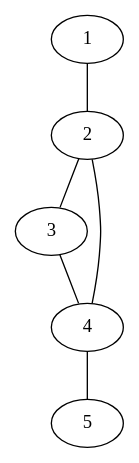
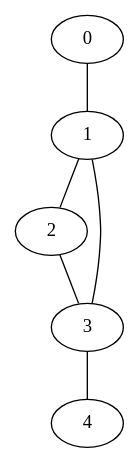
The diagram in test_k_2.dot (McFlip/k-automorphic-graph), drawn with Graphviz before and after one commit. The commit also changed 8 other files, not shown here.

```diff
--- a/test_k_2.dot
+++ b/test_k_2.dot
@@ -1,12 +1,12 @@
 graph g {
+  0;
   1;
   2;
   3;
   4;
-  5;
+  0 -- 1;
   1 -- 2;
+  1 -- 3;
   2 -- 3;
-  2 -- 4;
   3 -- 4;
-  4 -- 5;
   }
```
